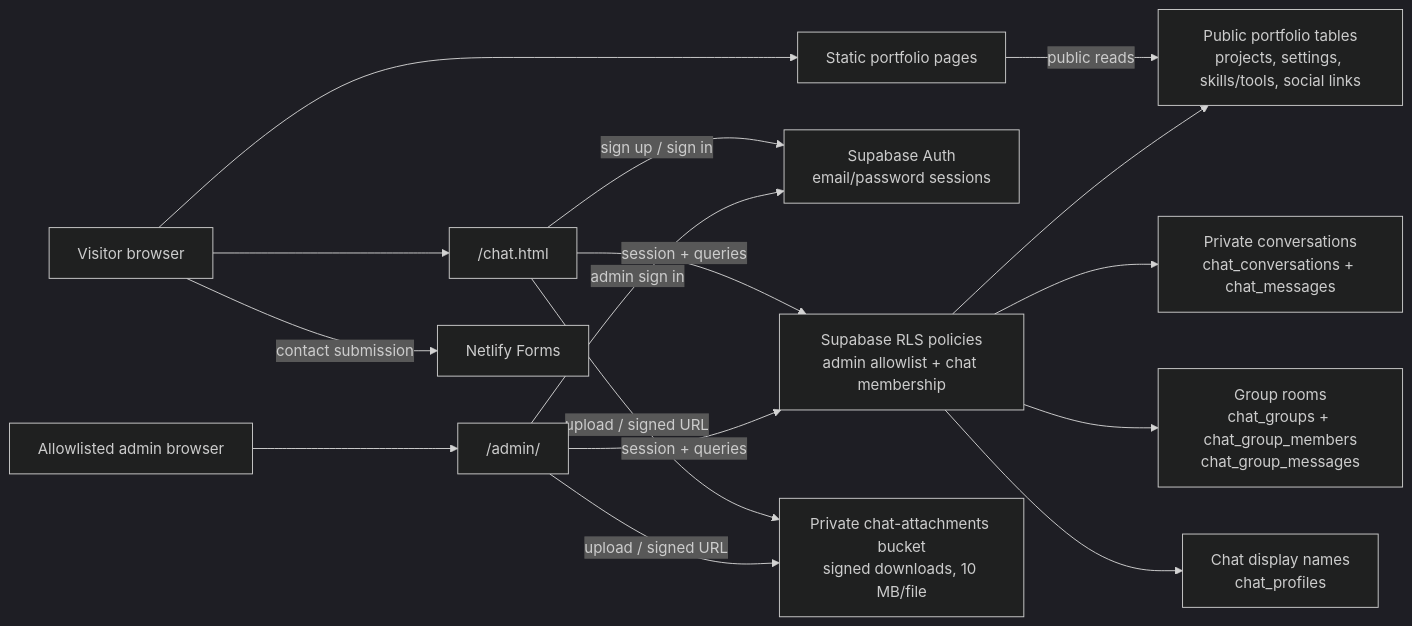
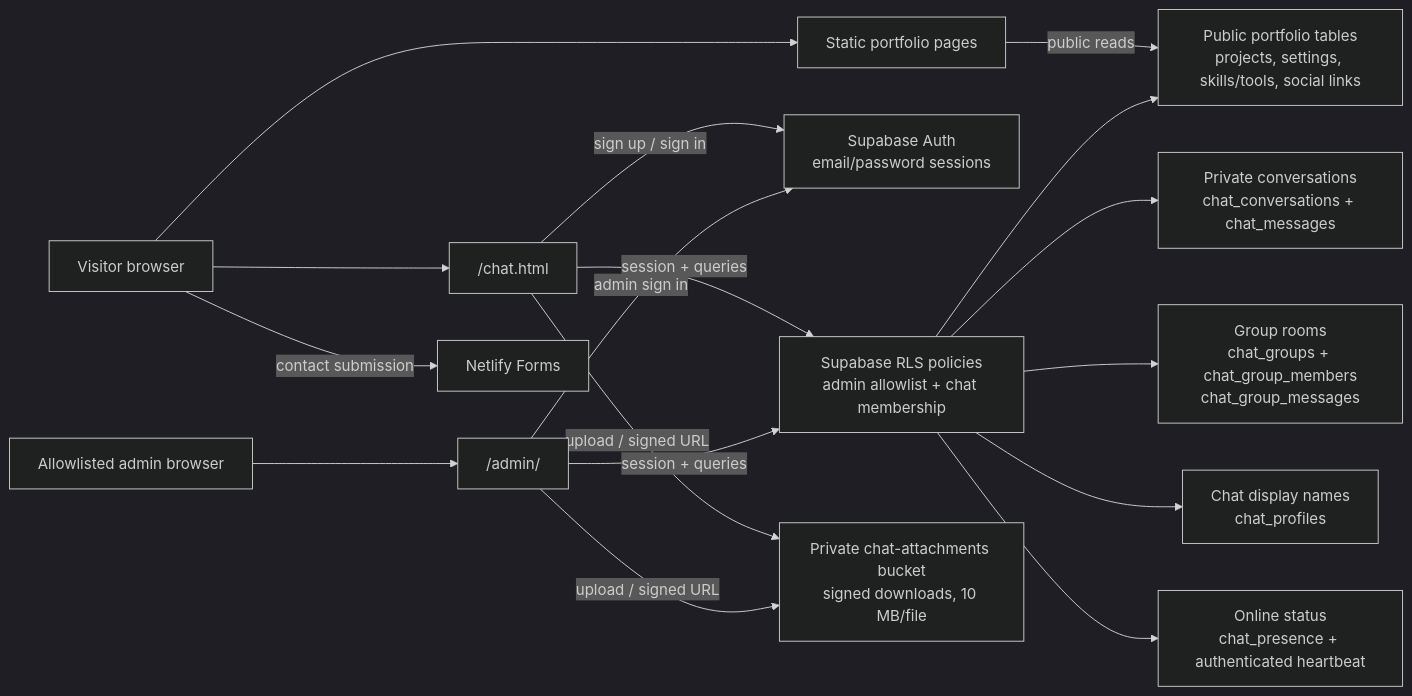
One commit to JManishkanna/MEPHISTO-BACK-SPELL changed the diagram in README.md. Above: the diagram before and after it, drawn with Mermaid (dark theme). The commit also changed other lines of this file and 10 other files, not shown here.

Commit message:
Improve chat presence and attachments

````diff
--- a/README.md
+++ b/README.md
@@ -49,32 +50,34 @@
 ```mermaid
 flowchart LR
   Visitor["Visitor browser"]
   Admin["Allowlisted admin browser"]
   Pages["Static portfolio pages"]
   ChatUI["/chat.html"]
   AdminUI["/admin/"]
   Auth["Supabase Auth<br/>email/password sessions"]
   RLS["Supabase RLS policies<br/>admin allowlist + chat membership"]
   Portfolio["Public portfolio tables<br/>projects, settings, skills/tools, social links"]
   DMs["Private conversations<br/>chat_conversations + chat_messages"]
   Groups["Group rooms<br/>chat_groups + chat_group_members<br/>chat_group_messages"]
   Profiles["Chat display names<br/>chat_profiles"]
+  Presence["Online status<br/>chat_presence + authenticated heartbeat"]
   Storage["Private chat-attachments bucket<br/>signed downloads, 10 MB/file"]
   Netlify["Netlify Forms"]
 
   Visitor --> Pages
   Visitor --> ChatUI
   Admin --> AdminUI
   ChatUI -->|"sign up / sign in"| Auth
   AdminUI -->|"admin sign in"| Auth
   Pages -->|"public reads"| Portfolio
   ChatUI -->|"session + queries"| RLS
   AdminUI -->|"session + queries"| RLS
   RLS --> Portfolio
   RLS --> DMs
   RLS --> Groups
   RLS --> Profiles
+  RLS --> Presence
   ChatUI -->|"upload / signed URL"| Storage
   AdminUI -->|"upload / signed URL"| Storage
   Visitor -->|"contact submission"| Netlify
 ```
````
